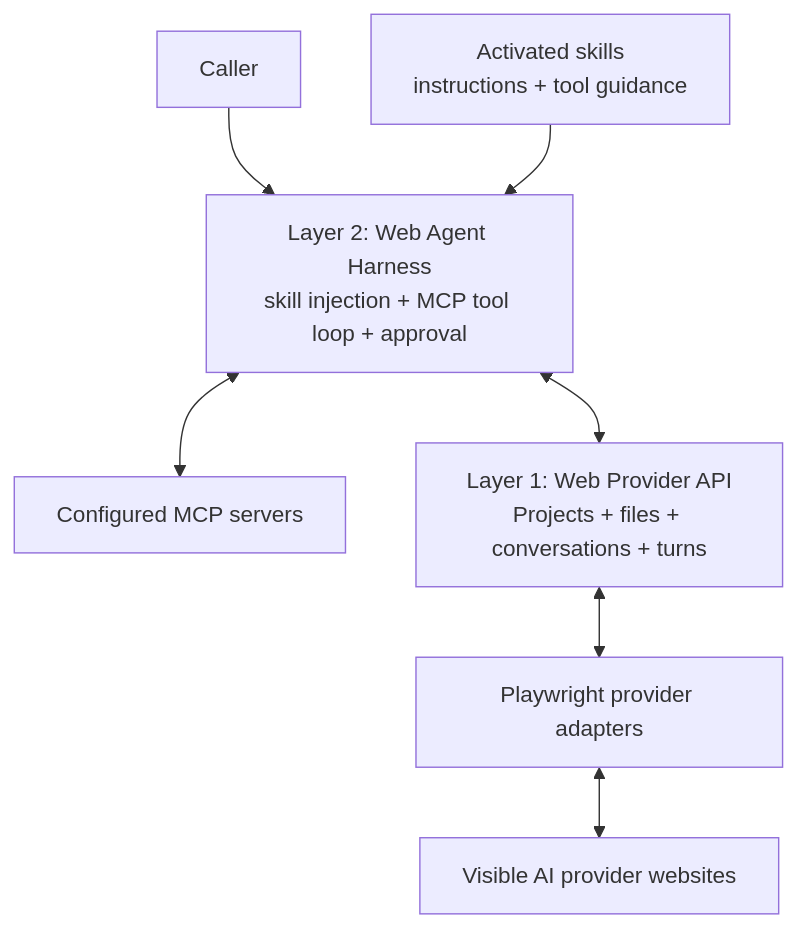
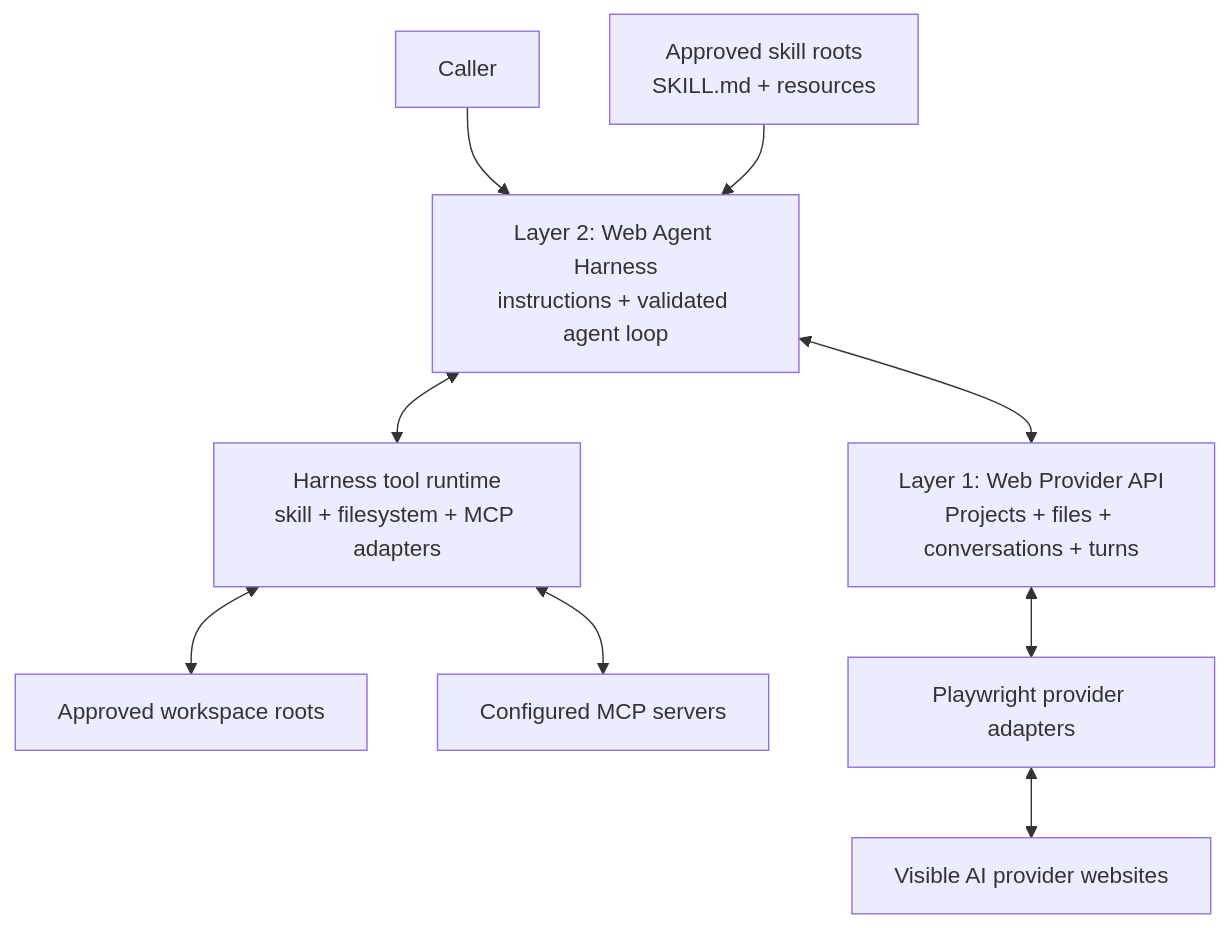
One commit to jazelly/tokenless changed the first of 2 diagrams in docs/roadmaps/P0-web-agent-harness.md. Above: the diagram before and after it, drawn with Mermaid. The commit also changed other lines of this file and 5 other files, not shown here.

Commit message:
docs: update browser runtime and web harness roadmaps

````diff
--- a/docs/roadmaps/P0-web-agent-harness.md
+++ b/docs/roadmaps/P0-web-agent-harness.md
@@ -52,17 +54,21 @@
 ```mermaid
 flowchart TB
   Caller["Caller"]
-  Skills["Activated skills<br/>instructions + tool guidance"]
+  Skills["Approved skill roots<br/>SKILL.md + resources"]
+  Harness["Layer 2: Web Agent Harness<br/>instructions + validated agent loop"]
+  Tools["Harness tool runtime<br/>skill + filesystem + MCP adapters"]
+  Files["Approved workspace roots"]
   MCP["Configured MCP servers"]
-  Harness["Layer 2: Web Agent Harness<br/>skill injection + MCP tool loop + approval"]
   Provider["Layer 1: Web Provider API<br/>Projects + files + conversations + turns"]
   Playwright["Playwright provider adapters"]
   Websites["Visible AI provider websites"]
 
   Caller --> Harness
   Skills --> Harness
-  Harness <--> MCP
+  Harness <--> Tools
+  Tools <--> Files
+  Tools <--> MCP
   Harness <--> Provider
   Provider <--> Playwright
   Playwright <--> Websites
 ```
````
